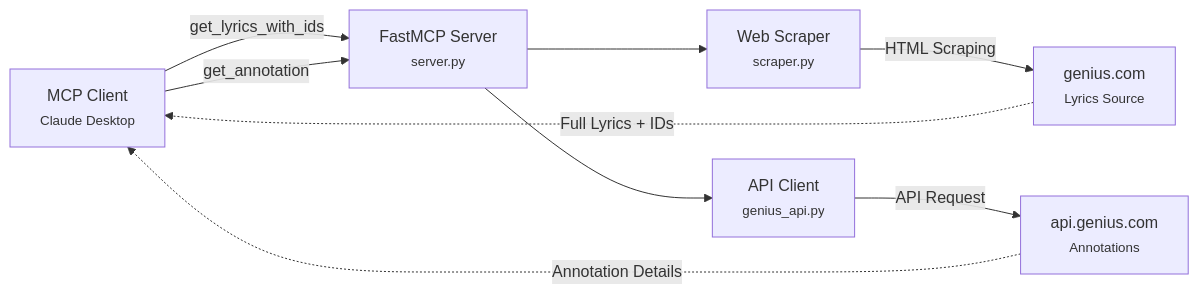
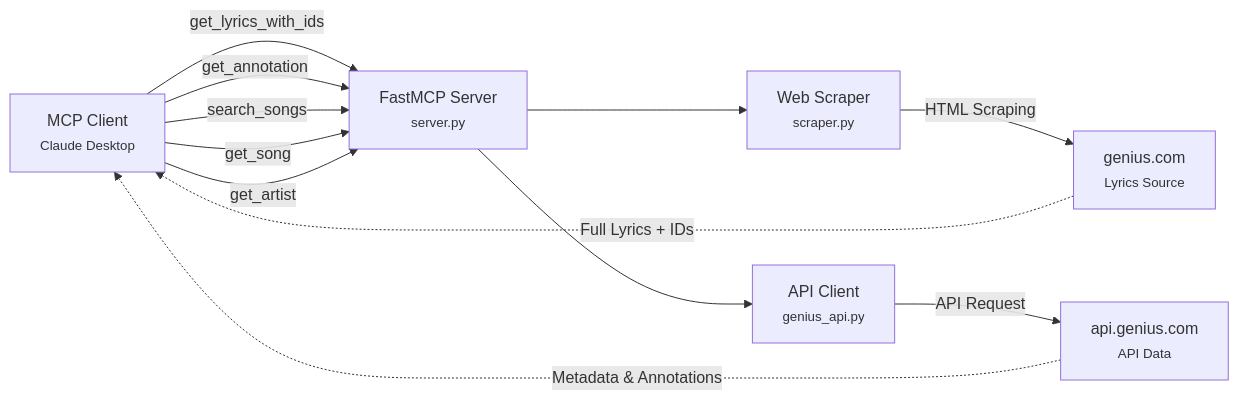
The diagram in README.md (or-ben-harosh/genius_mcp), drawn with Mermaid before and after one commit. The commit also changed other lines of this file and 6 other files, not shown here.

````diff
--- a/README.md
+++ b/README.md
@@ -22,18 +22,21 @@
 ```mermaid
 graph LR
     Client["MCP Client<br/><small>Claude Desktop</small>"]
     Server["FastMCP Server<br/><small>server.py</small>"]
     Scraper["Web Scraper<br/><small>scraper.py</small>"]
     API["API Client<br/><small>genius_api.py</small>"]
     Web["genius.com<br/><small>Lyrics Source</small>"]
-    Endpoint["api.genius.com<br/><small>Annotations</small>"]
+    Endpoint["api.genius.com<br/><small>API Data</small>"]
     
     Client -->|get_lyrics_with_ids| Server
     Client -->|get_annotation| Server
+    Client -->|search_songs| Server
+    Client -->|get_song| Server
+    Client -->|get_artist| Server
     Server --> Scraper
     Server --> API
     Scraper -->|HTML Scraping| Web
     API -->|API Request| Endpoint
     Web -.->|Full Lyrics + IDs| Client
-    Endpoint -.->|Annotation Details| Client
+    Endpoint -.->|Metadata & Annotations| Client
 ```
````
